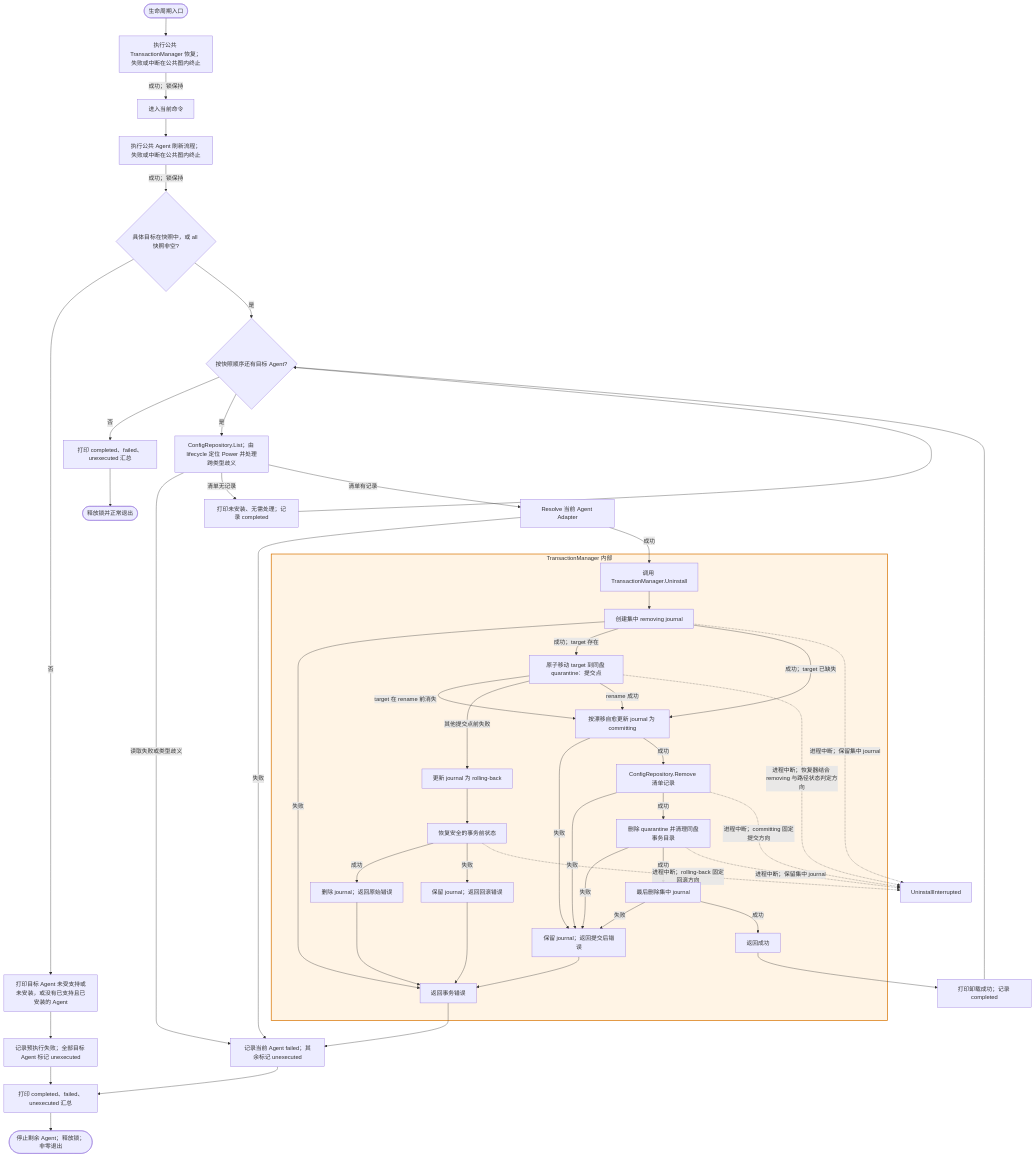
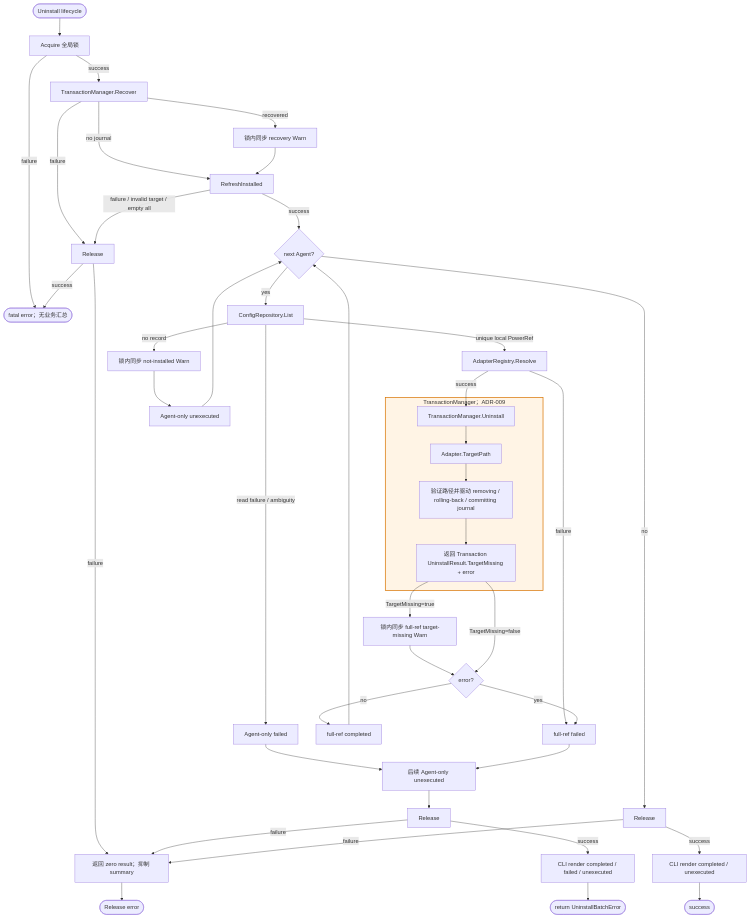
One commit to spacemit-com/agent-power-manager changed the diagram in ivory-tower/c4/components/apm-cli-lifecycle-diagrams/uninstall.mmd. Above: the diagram before and after it, drawn with Mermaid. The commit also changed 27 other files, not shown here.

Commit message:
docs(uninstall): record lifecycle implementation

```diff
--- a/ivory-tower/c4/components/apm-cli-lifecycle-diagrams/uninstall.mmd
+++ b/ivory-tower/c4/components/apm-cli-lifecycle-diagrams/uninstall.mmd
@@ -1,48 +1,49 @@
 flowchart TD
-    UninstallStart([生命周期入口]) --> UninstallRecovery[执行公共 TransactionManager 恢复；失败或中断在公共图内终止]
-    UninstallRecovery -->|成功；锁保持| UninstallCommand[进入当前命令]
+    UninstallStart([Uninstall lifecycle]) --> UninstallAcquire[Acquire 全局锁]
+    UninstallAcquire -->|failure| UninstallFatal([fatal error；无业务汇总])
+    UninstallAcquire -->|success| UninstallRecover[TransactionManager.Recover]
+    UninstallRecover -->|recovered| UninstallRecoverWarn[锁内同步 recovery Warn]
+    UninstallRecover -->|no journal| UninstallRefresh[RefreshInstalled]
+    UninstallRecoverWarn --> UninstallRefresh
+    UninstallRecover -->|failure| UninstallReleaseFatal[Release]
+    UninstallRefresh -->|failure / invalid target / empty all| UninstallReleaseFatal
+    UninstallRefresh -->|success| UninstallNext{next Agent?}
 
-    UninstallCommand --> UninstallDiscovery[执行公共 Agent 刷新流程；失败或中断在公共图内终止]
-    UninstallDiscovery -->|成功；锁保持| UninstallTarget{具体目标在快照中，或 all 快照非空?}
-    UninstallTarget -->|否| UninstallTargetFail[打印目标 Agent 未受支持或未安装，或没有已支持且已安装的 Agent] --> UninstallPreflightFail[记录预执行失败；全部目标 Agent 标记 unexecuted] --> UninstallPrintFailureSummary
-    UninstallTarget -->|是| UninstallNextAgent{按快照顺序还有目标 Agent?}
-    UninstallNextAgent -->|否| UninstallPrintSuccessSummary[打印 completed、failed、unexecuted 汇总] --> UninstallOK([释放锁并正常退出])
-    UninstallNextAgent -->|是| UninstallFind[ConfigRepository.List；由 lifecycle 定位 Power 并处理跨类型歧义]
-    UninstallFind -->|读取失败或类型歧义| UninstallFail[记录当前 Agent failed；其余标记 unexecuted]
-    UninstallFind -->|清单无记录| UninstallSkip[打印未安装、无需处理；记录 completed] --> UninstallNextAgent
-    UninstallFind -->|清单有记录| UninstallAdapter[Resolve 当前 Agent Adapter]
-    UninstallAdapter -->|失败| UninstallFail
-    UninstallAdapter -->|成功| UninstallTransaction[调用 TransactionManager.Uninstall]
+    UninstallNext -->|yes| UninstallList[ConfigRepository.List]
+    UninstallList -->|no record| UninstallNotInstalledWarn[锁内同步 not-installed Warn]
+    UninstallNotInstalledWarn --> UninstallAgentOnlyUnexecuted[Agent-only unexecuted]
+    UninstallAgentOnlyUnexecuted --> UninstallNext
 
-    subgraph UninstallTx[TransactionManager 内部]
-        UninstallTransaction --> UninstallCreateJournal[创建集中 removing journal]
-        UninstallCreateJournal -->|失败| UninstallTxError[返回事务错误]
-        UninstallCreateJournal -->|成功；target 存在| UninstallQuarantine[原子移动 target 到同盘 quarantine：提交点]
-        UninstallCreateJournal -->|成功；target 已缺失| UninstallCommitIntent[按漂移自愈更新 journal 为 committing]
-        UninstallQuarantine -->|target 在 rename 前消失| UninstallCommitIntent
-        UninstallQuarantine -->|其他提交点前失败| UninstallRollbackIntent[更新 journal 为 rolling-back]
-        UninstallRollbackIntent --> UninstallRollback[恢复安全的事务前状态]
-        UninstallRollback -->|成功| UninstallDeleteRolledBack[删除 journal；返回原始错误] --> UninstallTxError
-        UninstallRollback -->|失败| UninstallKeepRollback[保留 journal；返回回滚错误] --> UninstallTxError
-        UninstallQuarantine -->|rename 成功| UninstallCommitIntent
-        UninstallCommitIntent -->|失败| UninstallKeepCommit[保留 journal；返回提交后错误] --> UninstallTxError
-        UninstallCommitIntent -->|成功| UninstallManifest[ConfigRepository.Remove 清单记录]
-        UninstallManifest -->|失败| UninstallKeepCommit
-        UninstallManifest -->|成功| UninstallCleanup[删除 quarantine 并清理同盘事务目录]
-        UninstallCleanup -->|失败| UninstallKeepCommit
-        UninstallCleanup -->|成功| UninstallDeleteJournal[最后删除集中 journal]
-        UninstallDeleteJournal -->|失败| UninstallKeepCommit
-        UninstallDeleteJournal -->|成功| UninstallTxSuccess[返回成功]
+    UninstallList -->|read failure / ambiguity| UninstallAgentOnlyFailed[Agent-only failed]
+    UninstallAgentOnlyFailed --> UninstallFillLater[后续 Agent-only unexecuted]
+    UninstallList -->|unique local PowerRef| UninstallResolve[AdapterRegistry.Resolve]
+    UninstallResolve -->|failure| UninstallFullFailed[full-ref failed]
+    UninstallResolve -->|success| UninstallTransaction[TransactionManager.Uninstall]
+
+    subgraph UninstallTx[TransactionManager；ADR-009]
+        UninstallTransaction --> UninstallTargetPath[Adapter.TargetPath]
+        UninstallTargetPath --> UninstallJournal[验证路径并驱动 removing / rolling-back / committing journal]
+        UninstallJournal --> UninstallTxReturn[返回 Transaction UninstallResult.TargetMissing + error]
     end
 
-    UninstallTxSuccess --> UninstallRemoved[打印卸载成功；记录 completed] --> UninstallNextAgent
-    UninstallTxError --> UninstallFail
-    UninstallFail --> UninstallPrintFailureSummary[打印 completed、failed、unexecuted 汇总] --> UninstallBatchError([停止剩余 Agent；释放锁；非零退出])
+    UninstallTxReturn -->|TargetMissing=true| UninstallMissingWarn[锁内同步 full-ref target-missing Warn]
+    UninstallMissingWarn --> UninstallTxError{error?}
+    UninstallTxReturn -->|TargetMissing=false| UninstallTxError
+    UninstallTxError -->|no| UninstallCompleted[full-ref completed]
+    UninstallTxError -->|yes| UninstallFullFailed
+    UninstallCompleted --> UninstallNext
+    UninstallFullFailed --> UninstallFillLater
+    UninstallFillLater --> UninstallReleaseBatch[Release]
 
-    UninstallCreateJournal -.进程中断；保留集中 journal.-> UninstallInterrupted
-    UninstallQuarantine -.进程中断；恢复器结合 removing 与路径状态判定方向.-> UninstallInterrupted
-    UninstallRollback -.进程中断；rolling-back 固定回滚方向.-> UninstallInterrupted
-    UninstallManifest -.进程中断；committing 固定提交方向.-> UninstallInterrupted
-    UninstallCleanup -.进程中断；保留集中 journal.-> UninstallInterrupted
+    UninstallNext -->|no| UninstallReleaseSuccess[Release]
+    UninstallReleaseFatal -->|success| UninstallFatal
+    UninstallReleaseFatal -->|failure| UninstallSuppress[返回 zero result；抑制 summary]
+    UninstallReleaseBatch -->|success| UninstallRenderBatch[CLI render completed / failed / unexecuted]
+    UninstallRenderBatch --> UninstallBatchError([return UninstallBatchError])
+    UninstallReleaseBatch -->|failure| UninstallSuppress
+    UninstallReleaseSuccess -->|success| UninstallRender[CLI render completed / unexecuted]
+    UninstallReleaseSuccess -->|failure| UninstallSuppress
+    UninstallRender --> UninstallOK([success])
+    UninstallSuppress --> UninstallReleaseError([Release error])
 
     style UninstallTx fill:#fff4e5,stroke:#d97706,stroke-width:2px
```
